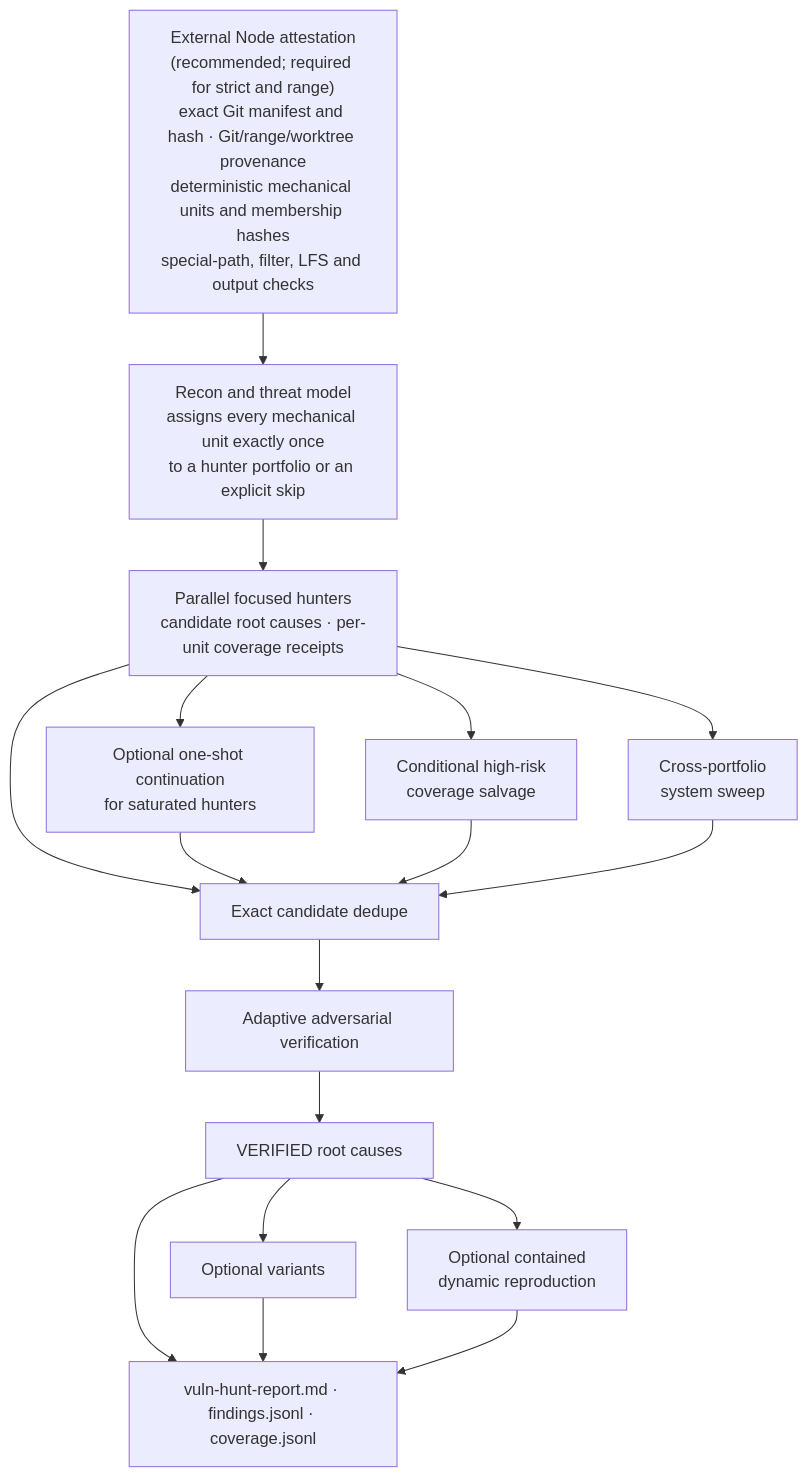
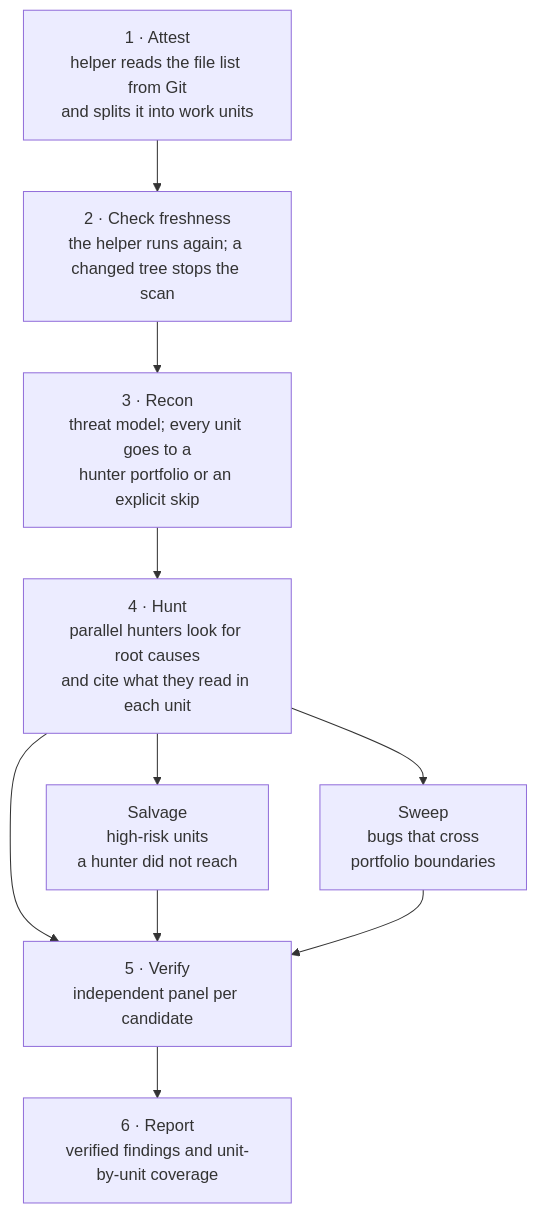
Before and after one commit to developingchet/vuln-hunt: the first of 4 diagrams in README.md, drawn with Mermaid. The commit also changed other lines of this file and 27 other files, not shown here.

````diff
--- a/README.md
+++ b/README.md
@@ -21,24 +42,17 @@
 ```mermaid
 flowchart TD
-    A["External Node attestation<br/>(recommended; required for strict and range)<br/>exact Git manifest and hash · Git/range/worktree provenance<br/>deterministic mechanical units and membership hashes<br/>special-path, filter, LFS and output checks"]
-    B["Recon and threat model<br/>assigns every mechanical unit exactly once<br/>to a hunter portfolio or an explicit skip"]
-    C["Parallel focused hunters<br/>candidate root causes · per-unit coverage receipts"]
-    D["Optional one-shot continuation<br/>for saturated hunters"]
-    E["Conditional high-risk<br/>coverage salvage"]
-    F["Cross-portfolio<br/>system sweep"]
-    G["Exact candidate dedupe"]
-    H["Adaptive adversarial verification"]
-    I["VERIFIED root causes"]
-    J["Optional variants"]
-    K["Optional contained<br/>dynamic reproduction"]
-    L["vuln-hunt-report.md · findings.jsonl · coverage.jsonl"]
+    A["1 · Attest<br/>helper reads the file list from Git<br/>and splits it into work units"]
+    B["2 · Check freshness<br/>the helper runs again; a changed tree stops the scan"]
+    C["3 · Recon<br/>threat model; every unit goes to a<br/>hunter portfolio or an explicit skip"]
+    D["4 · Hunt<br/>parallel hunters look for root causes<br/>and cite what they read in each unit"]
+    E["Salvage<br/>high-risk units<br/>a hunter did not reach"]
+    F["Sweep<br/>bugs that cross<br/>portfolio boundaries"]
+    G["5 · Verify<br/>independent panel per candidate"]
+    H["6 · Report<br/>verified findings and unit-by-unit coverage"]
 
-    A --> B --> C
-    C --> D & E & F
-    C --> G
-    D & E & F --> G
-    G --> H --> I
-    I --> J & K
-    I --> L
-    J & K --> L
+    A --> B --> C --> D
+    D --> E & F
+    D --> G
+    E & F --> G
+    G --> H
 ```
````
